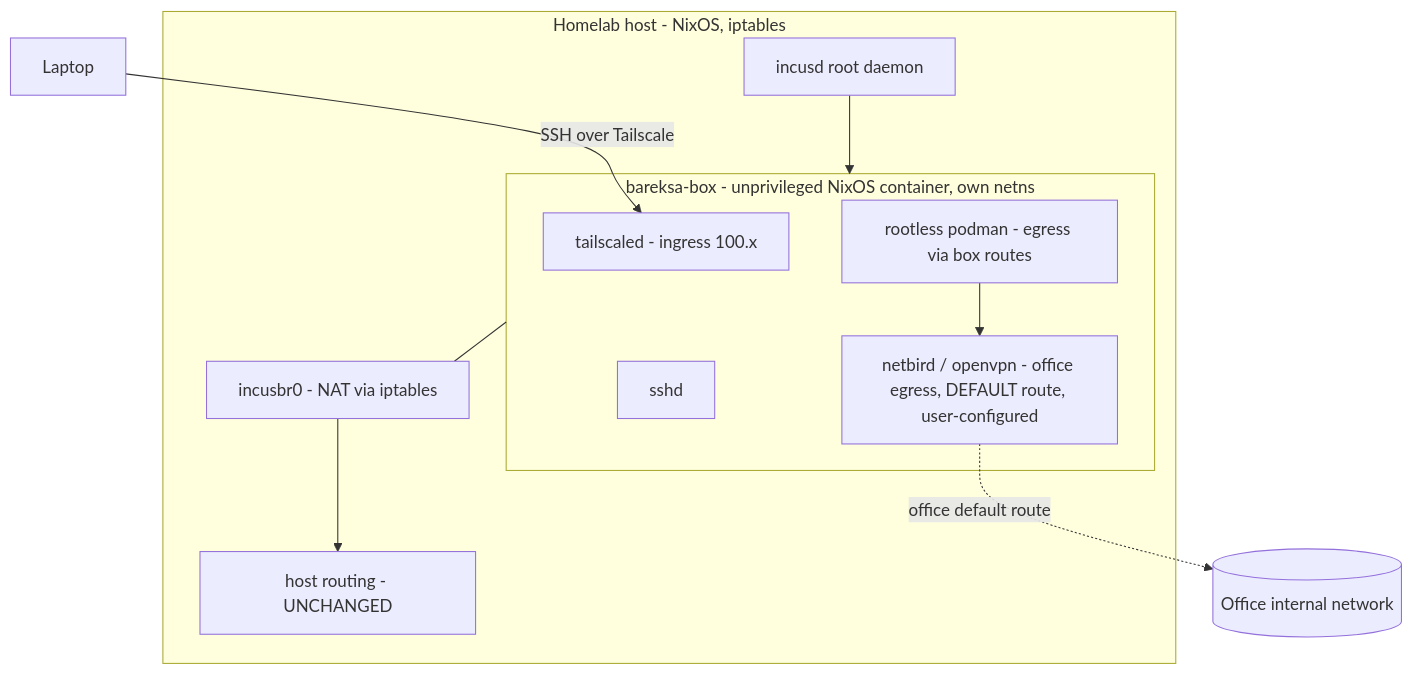
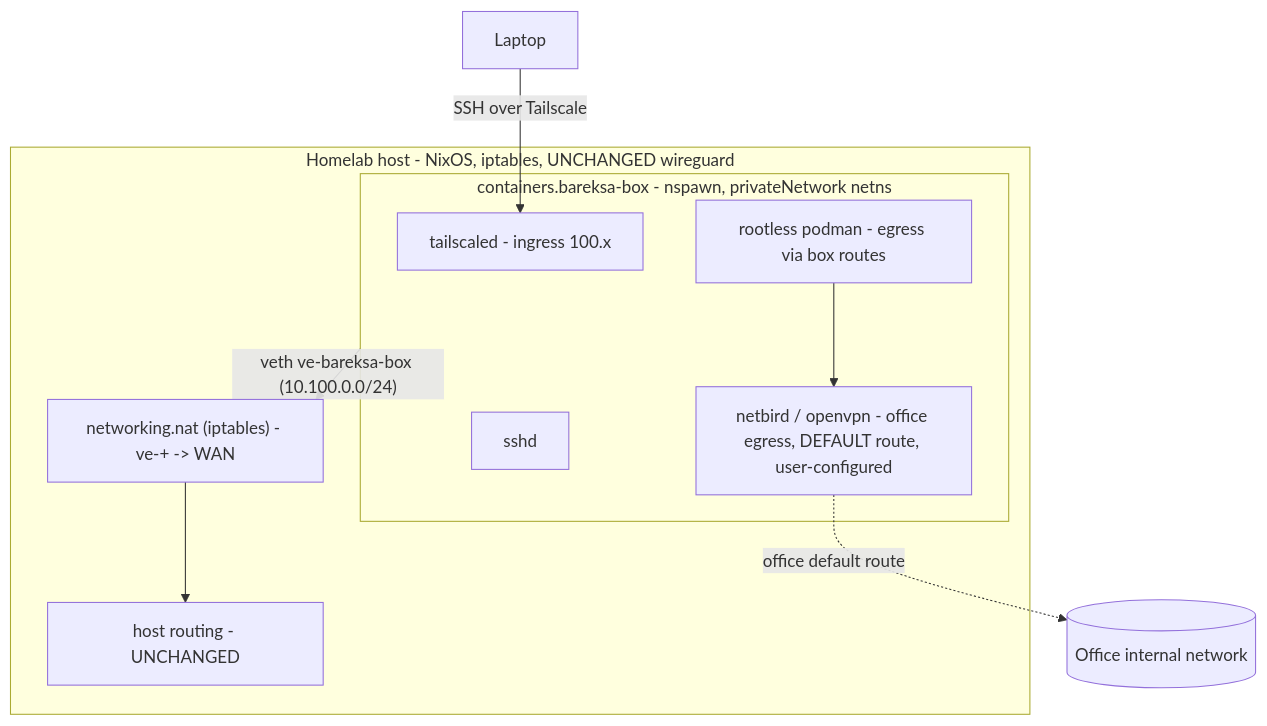
One commit to tigorlazuardi/homelab changed the diagram in plans/bareksa-box/SPEC.mdx. Above: the diagram before and after it, drawn with Mermaid. The commit also changed other lines of this file, not shown here.

First line of the commit message:
docs(bareksa-box): pivot spec Incus -> systemd-nspawn

````diff
--- a/plans/bareksa-box/SPEC.mdx
+++ b/plans/bareksa-box/SPEC.mdx
@@ -66,19 +94,17 @@
 ```mermaid
 flowchart TB
   laptop[Laptop] -- SSH over Tailscale --> ts
-  subgraph host[Homelab host - NixOS, iptables]
+  subgraph host[Homelab host - NixOS, iptables, UNCHANGED wireguard]
     hostrt[host routing - UNCHANGED]
-    incusd[incusd root daemon]
-    br[incusbr0 - NAT via iptables]
-    subgraph box[bareksa-box - unprivileged NixOS container, own netns]
+    nat["networking.nat (iptables) - ve-+ -> WAN"]
+    subgraph box[containers.bareksa-box - nspawn, privateNetwork netns]
       ts[tailscaled - ingress 100.x]
       sshd[sshd]
       nb[netbird / openvpn - office egress, DEFAULT route, user-configured]
       pod[rootless podman - egress via box routes]
     end
   end
-  incusd --> box
-  box --- br --> hostrt
+  box -- veth ve-bareksa-box (10.100.0.0/24) --> nat --> hostrt
   nb -. office default route .-> office[(Office internal network)]
   pod --> nb
 ```
````
